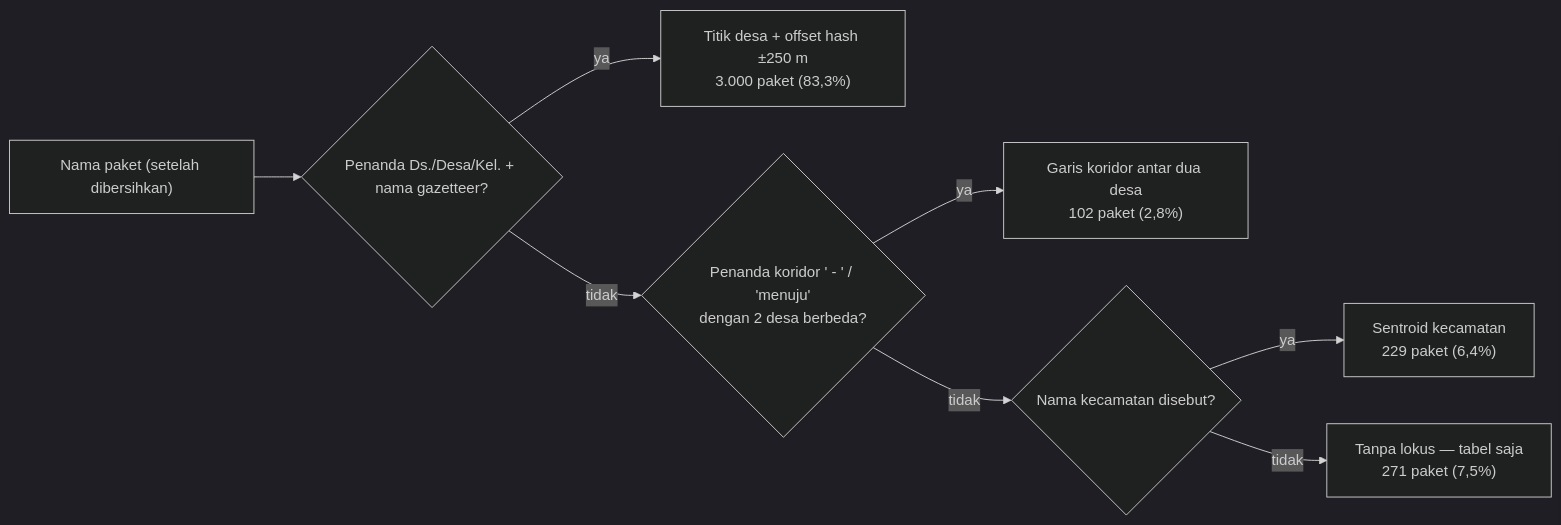
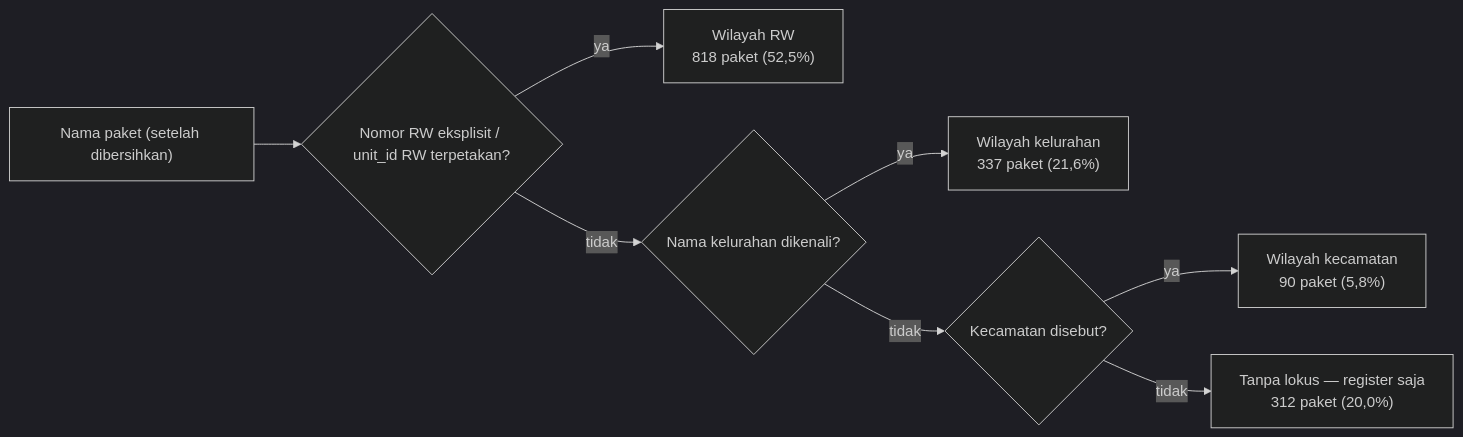
One commit to repyh/saksi changed the diagram in docs/SPEC.md. Above: the diagram before and after it, drawn with Mermaid (dark theme). The commit also changed other lines of this file and 8 other files, not shown here.

````diff
--- a/docs/SPEC.md
+++ b/docs/SPEC.md
@@ -57,10 +76,10 @@
 ```mermaid
 flowchart LR
-  TXT["Nama paket (setelah dibersihkan)"] --> MARK{"Penanda Ds./Desa/Kel. + nama gazetteer?"}
-  MARK -->|ya| T1["Titik desa + offset hash ±250 m<br/>3.000 paket (83,3%)"]
-  MARK -->|tidak| KOR{"Penanda koridor ' - ' / 'menuju'<br/>dengan 2 desa berbeda?"}
-  KOR -->|ya| T2["Garis koridor antar dua desa<br/>102 paket (2,8%)"]
-  KOR -->|tidak| KEC{"Nama kecamatan disebut?"}
-  KEC -->|ya| T3["Sentroid kecamatan<br/>229 paket (6,4%)"]
-  KEC -->|tidak| T4["Tanpa lokus — tabel saja<br/>271 paket (7,5%)"]
+  TXT["Nama paket (setelah dibersihkan)"] --> RW{"Nomor RW eksplisit / unit_id RW terpetakan?"}
+  RW -->|ya| T1["Wilayah RW<br/>818 paket (52,5%)"]
+  RW -->|tidak| KEL{"Nama kelurahan dikenali?"}
+  KEL -->|ya| T2["Wilayah kelurahan<br/>337 paket (21,6%)"]
+  KEL -->|tidak| KEC{"Kecamatan disebut?"}
+  KEC -->|ya| T3["Wilayah kecamatan<br/>90 paket (5,8%)"]
+  KEC -->|tidak| T4["Tanpa lokus — register saja<br/>312 paket (20,0%)"]
 ```
````
